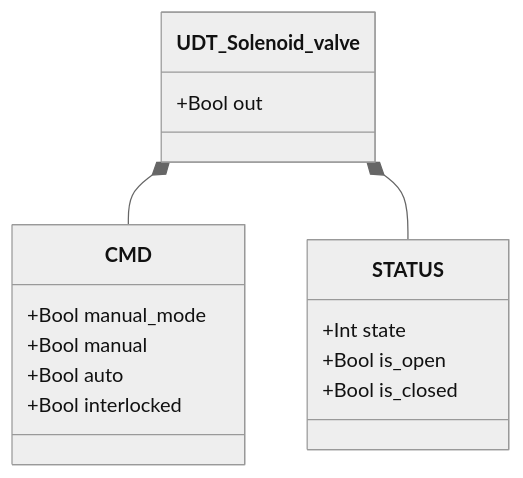
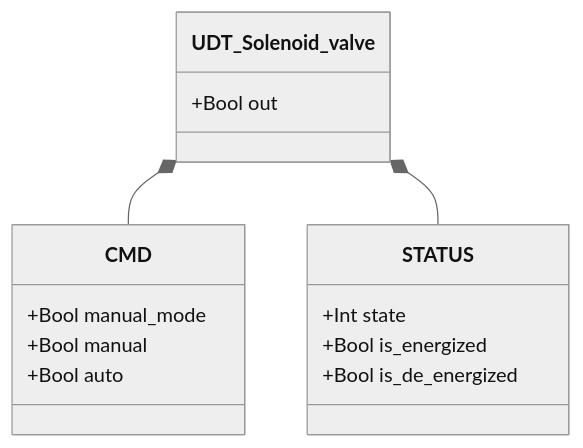
One commit to AleFire99/TIA_knowledge changed the second of 2 diagrams in docs/library/valves/solenoid/index.en.md. Above: the diagram before and after it, drawn with Mermaid (neutral theme). The commit also changed other lines of this file and 199 other files, not shown here.

````diff
--- a/docs/library/valves/solenoid/index.en.md
+++ b/docs/library/valves/solenoid/index.en.md
@@ -48,18 +62,17 @@
 ```mermaid
 classDiagram
     class UDT_Solenoid_valve
     class CMD {
         +Bool manual_mode
         +Bool manual
         +Bool auto
-        +Bool interlocked
     }
     class STATUS {
         +Int state
-        +Bool is_open
-        +Bool is_closed
+        +Bool is_energized
+        +Bool is_de_energized
     }
     UDT_Solenoid_valve *-- CMD
     UDT_Solenoid_valve *-- STATUS
     UDT_Solenoid_valve : +Bool out
 ```
````
